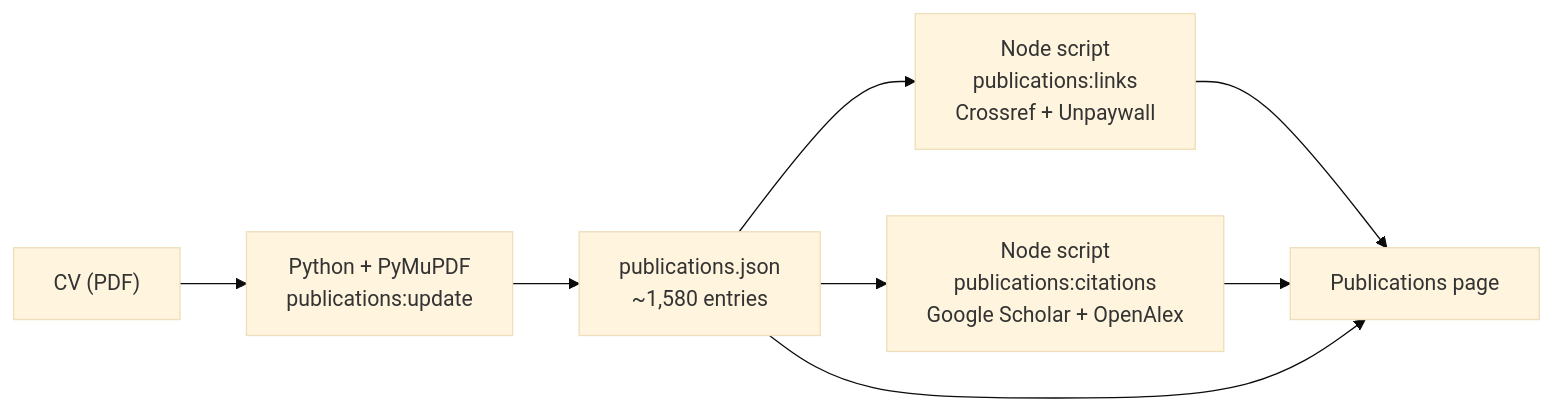
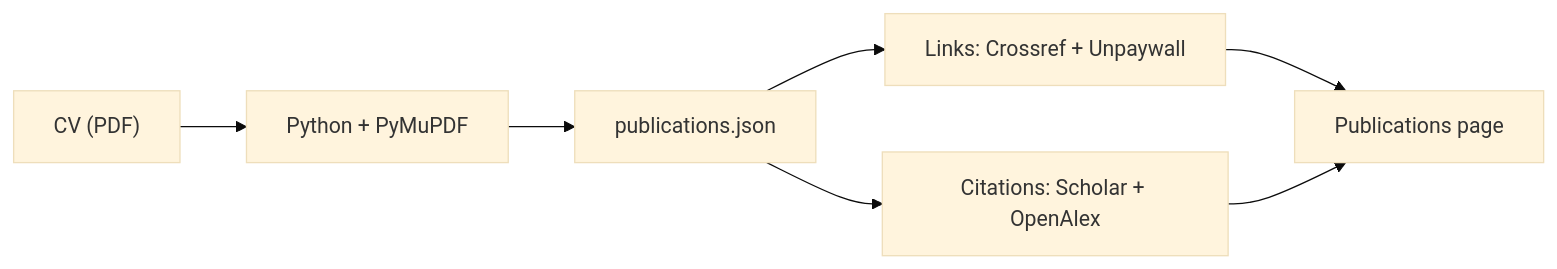
Before and after one commit to HarshitaShibe/Prof.-Dr.-Ajith-Abraham-Portfolio: the diagram in README.md, drawn with Mermaid (base theme). The commit also changed other lines of this file, not shown here.

````diff
--- a/README.md
+++ b/README.md
@@ -60,10 +37,6 @@
 ```mermaid
 flowchart LR
-    CV["CV (PDF)"] --> PY["Python + PyMuPDF<br/>publications:update"]
-    PY --> PJ["publications.json<br/>~1,580 entries"]
-    PJ --> LK["Node script<br/>publications:links<br/>Crossref + Unpaywall"]
-    PJ --> CT["Node script<br/>publications:citations<br/>Google Scholar + OpenAlex"]
-    LK --> UI["Publications page"]
-    CT --> UI
-    PJ --> UI
+    CV["CV (PDF)"] --> PY["Python + PyMuPDF"] --> PJ["publications.json"]
+    PJ --> LK["Links: Crossref + Unpaywall"] --> UI["Publications page"]
+    PJ --> CT["Citations: Scholar + OpenAlex"] --> UI
 ```
````
